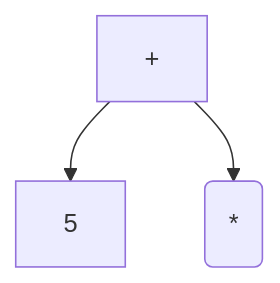
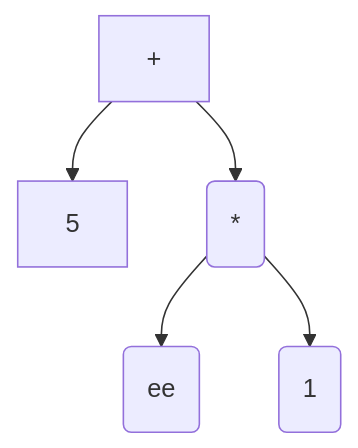
Before and after one commit to trshant-sugoi/stackedit: the second of 2 diagrams in drafts/2019-02-25-Compiler-I-AST.md, drawn with Mermaid. The commit also changed other lines of this file, not shown here.

````diff
--- a/drafts/2019-02-25-Compiler-I-AST.md
+++ b/drafts/2019-02-25-Compiler-I-AST.md
@@ -45,7 +45,8 @@
 	```mermaid
 	graph TD
 		B["+"]
 		B-->A[5]
 	        B-->E(*)
-	        E
+	        E-->C(ee)
+	        E-->D(1)
 	```
````
